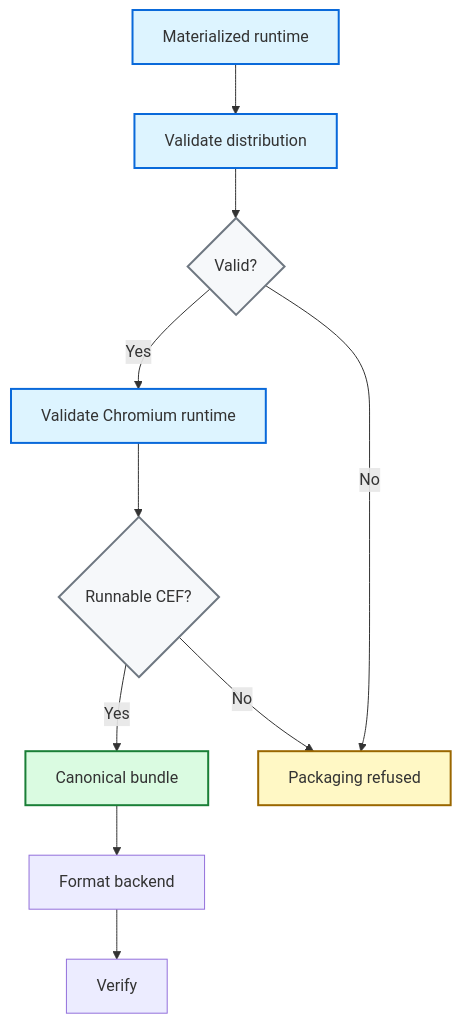
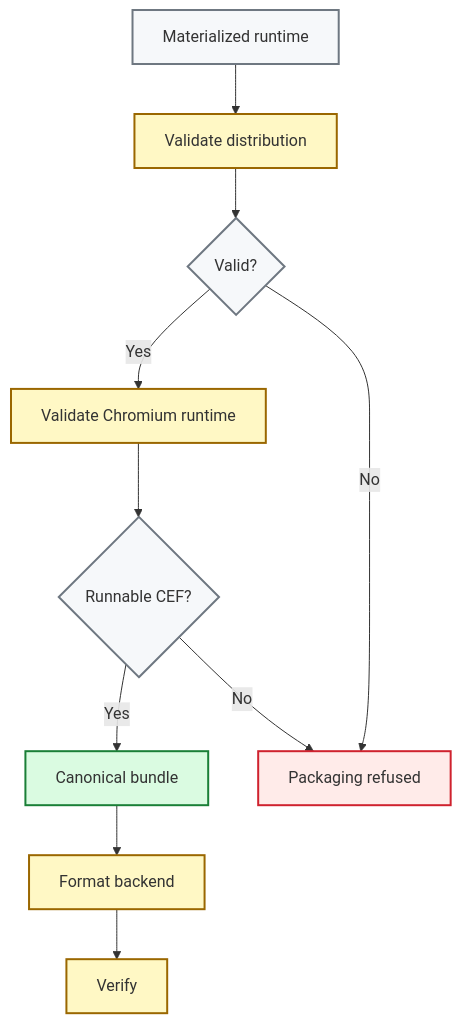
Before and after one commit to 0x48piraj/kurogane: the fourth of 4 diagrams in docs/bundling.md, drawn with Mermaid. The commit also changed other lines of this file and 1 other file, not shown here.

Commit message:
docs: updated links, formatting

````diff
--- a/docs/bundling.md
+++ b/docs/bundling.md
@@ -492,30 +492,32 @@
 ```mermaid
 flowchart TD
     A["Materialized runtime"]
     B["Validate distribution"]
     C{"Valid?"}
     D["Validate Chromium runtime"]
     E{"Runnable CEF?"}
     F["Canonical bundle"]
+    G["Format backend"]
+    H["Verify"]
     X["Packaging refused"]
 
     A --> B --> C
     C -->|Yes| D
     C -->|No| X
     D --> E
     E -->|Yes| F
-    F --> G["Format backend"]
-    G --> H["Verify"]
+    E -->|No| X
+    F --> G --> H
 
-    E -->|No| X
+    classDef source fill:#f6f8fa,stroke:#6e7781,stroke-width:2px;
+    classDef process fill:#fff8c5,stroke:#9a6700,stroke-width:2px;
+    classDef decision fill:#f6f8fa,stroke:#6e7781,stroke-width:2px;
+    classDef success fill:#dafbe1,stroke:#1a7f37,stroke-width:2px;
+    classDef failure fill:#ffebe9,stroke:#cf222e,stroke-width:2px;
 
-    classDef process fill:#ddf4ff,stroke:#0969da,stroke-width:2px;
-    classDef decision fill:#f6f8fa,stroke:#6e7781,stroke-width:2px;
-    classDef error fill:#fff8c5,stroke:#9a6700,stroke-width:2px;
-    classDef success fill:#dafbe1,stroke:#1a7f37,stroke-width:2px;
-
-    class A,B,D process;
+    class A source;
+    class B,D,G,H process;
+    class C,E decision;
     class F success;
-    class C,E decision;
-    class X error;
+    class X failure;
 ```
````
